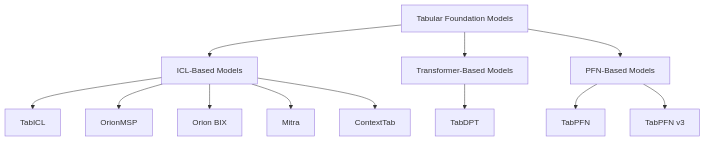
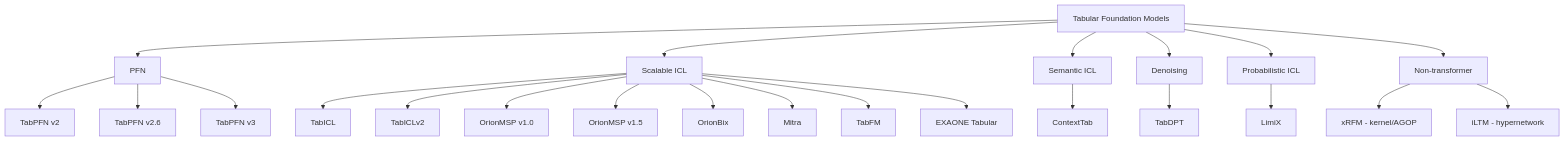
Before and after one commit to Lexsi-Labs/TabTune: the diagram in docs/models/overview.md, drawn with Mermaid. The commit also changed other lines of this file and 25 other files, not shown here.

````diff
--- a/docs/models/overview.md
+++ b/docs/models/overview.md
@@ -9,17 +20,29 @@
 ```mermaid
 flowchart TD
-    A[Tabular Foundation Models] --> B[ICL-Based Models]
-    A --> C[Transformer-Based Models]
-    A --> D[PFN-Based Models]
-    
-    B --> E[TabICL]
-    B --> F[OrionMSP]
-    B --> G[Orion BIX]
-    B --> H[Mitra]
-    B --> I[ContextTab]
-    
-    C --> J[TabDPT]
-    
-    D --> K[TabPFN]
-    D --> L[TabPFN v3]
+    A[Tabular Foundation Models] --> B[PFN]
+    A --> C[Scalable ICL]
+    A --> D[Semantic ICL]
+    A --> E[Denoising]
+    A --> F[Probabilistic ICL]
+    A --> G[Non-transformer]
+
+    B --> B1[TabPFN v2]
+    B --> B2[TabPFN v2.6]
+    B --> B3[TabPFN v3]
+
+    C --> C1[TabICL]
+    C --> C2[TabICLv2]
+    C --> C3[OrionMSP v1.0]
+    C --> C4[OrionMSP v1.5]
+    C --> C5[OrionBix]
+    C --> C6[Mitra]
+    C --> C7[TabFM]
+    C --> C8[EXAONE Tabular]
+
+    D --> D1[ContextTab]
+    E --> E1[TabDPT]
+    F --> F1[LimiX]
+
+    G --> G1[xRFM - kernel/AGOP]
+    G --> G2[iLTM - hypernetwork]
 ```
````
